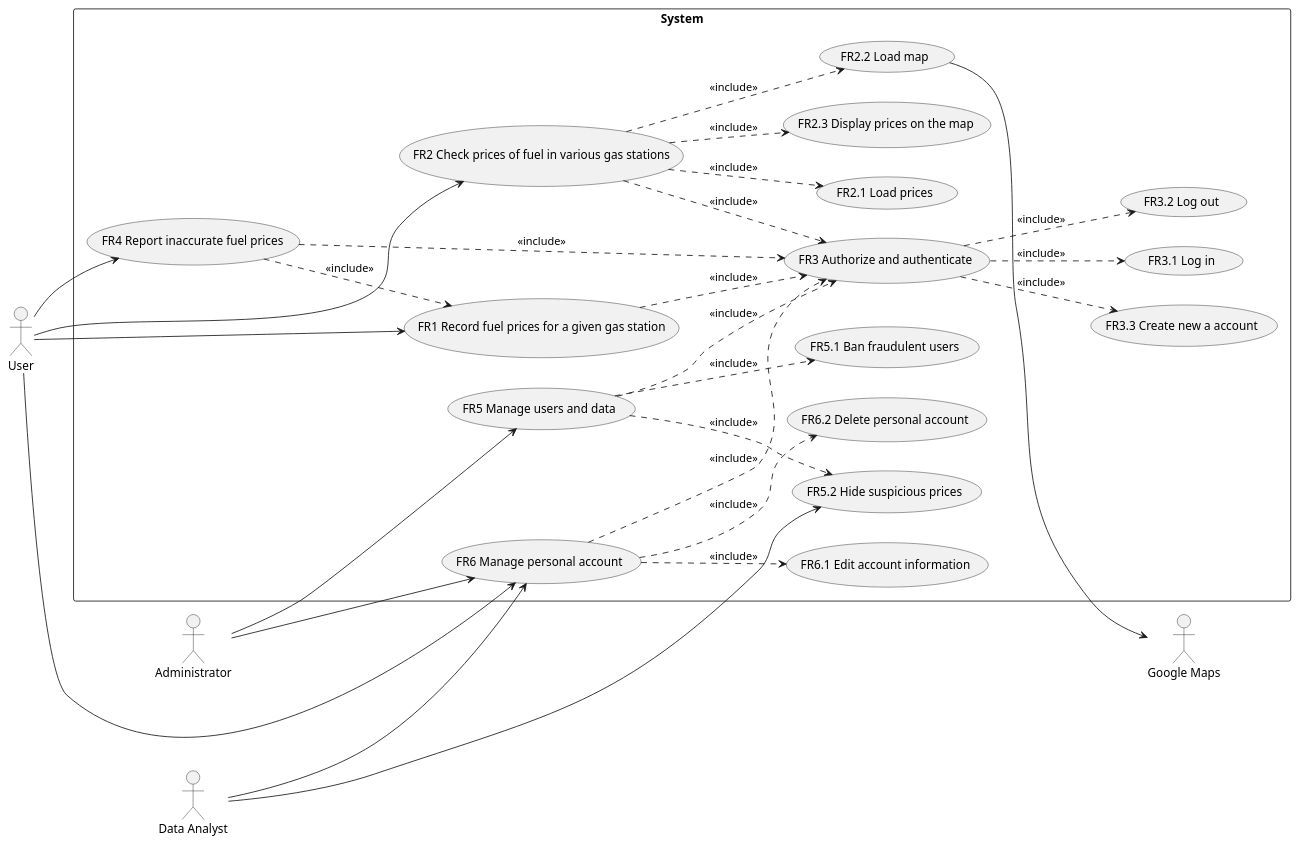
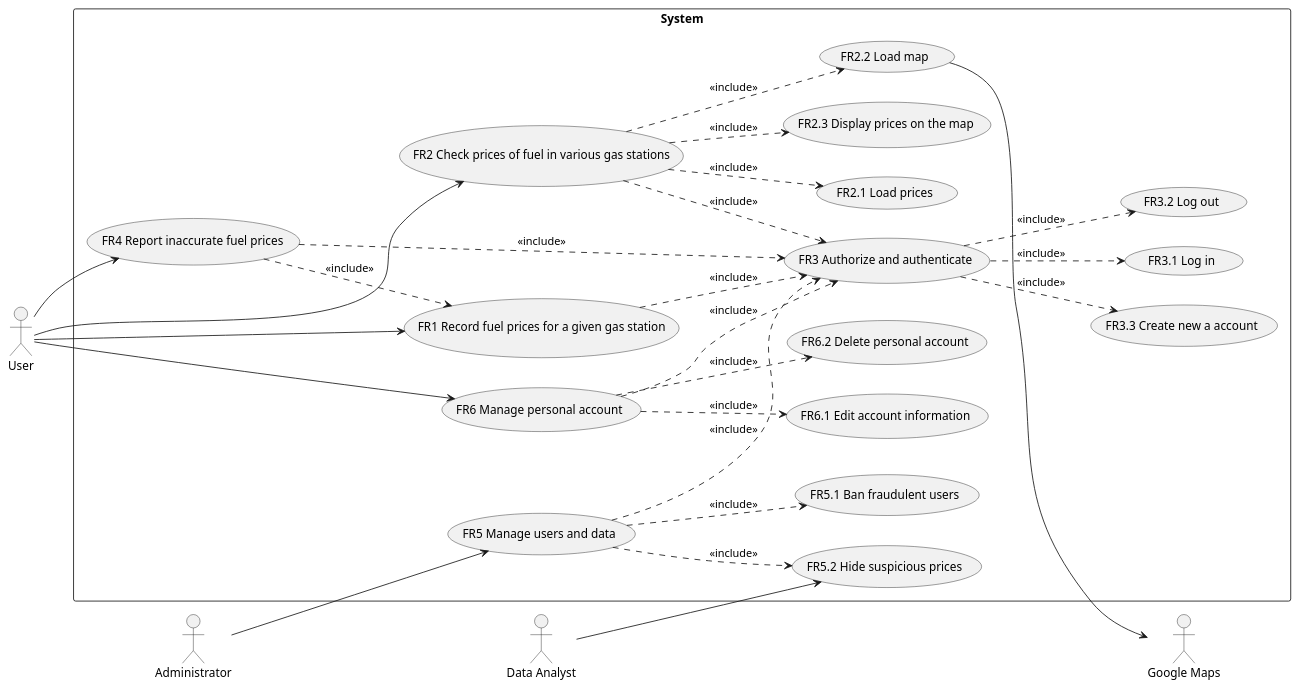
The second of 3 diagrams in docs/RequirementsDocument.md (mosTavassoli/ezgas), drawn with PlantUML before and after one commit. The commit also changed other lines of this file, not shown here.

````diff
--- a/docs/RequirementsDocument.md
+++ b/docs/RequirementsDocument.md
@@ -130,36 +130,34 @@
 ```plantuml
 left to right direction
 actor User as u
 actor Administrator as admin
 actor "Google Maps" as gm
 actor "Data Analyst" as da
 rectangle System{
 u --> (FR1 Record fuel prices for a given gas station)
 u --> (FR2 Check prices of fuel in various gas stations)
 u --> (FR4 Report inaccurate fuel prices)
 u --> (FR6 Manage personal account)
 admin --> (FR5 Manage users and data)
-admin --> (FR6 Manage personal account)
 da --> (FR5.2 Hide suspicious prices)
-da --> (FR6 Manage personal account)
 (FR2.2 Load map) --> gm
 
 (FR1 Record fuel prices for a given gas station) ..> (FR3 Authorize and authenticate):<<include>>
 (FR2 Check prices of fuel in various gas stations) ..> (FR2.1 Load prices):<<include>>
 (FR2 Check prices of fuel in various gas stations) ..> (FR2.2 Load map):<<include>>
 (FR2 Check prices of fuel in various gas stations) ..> (FR2.3 Display prices on the map):<<include>>
 (FR2 Check prices of fuel in various gas stations) ..> (FR3 Authorize and authenticate):<<include>>
 
 (FR3 Authorize and authenticate) ..> (FR3.1 Log in):<<include>>
 (FR3 Authorize and authenticate) ..> (FR3.2 Log out):<<include>>
 (FR3 Authorize and authenticate) ..> (FR3.3 Create new a account):<<include>>
 (FR4 Report inaccurate fuel prices) ..> (FR1 Record fuel prices for a given gas station):<<include>>
 (FR4 Report inaccurate fuel prices) ..> (FR3 Authorize and authenticate):<<include>>
 (FR5 Manage users and data) ..> (FR3 Authorize and authenticate):<<include>>
 (FR5 Manage users and data) ..>(FR5.1 Ban fraudulent users):<<include>>
 (FR5 Manage users and data) ..>(FR5.2 Hide suspicious prices):<<include>>
 (FR6 Manage personal account) ..> (FR3 Authorize and authenticate):<<include>>
 (FR6 Manage personal account) ..> (FR6.1 Edit account information):<<include>>
 (FR6 Manage personal account) ..> (FR6.2 Delete personal account):<<include>>
 
 ```
````
